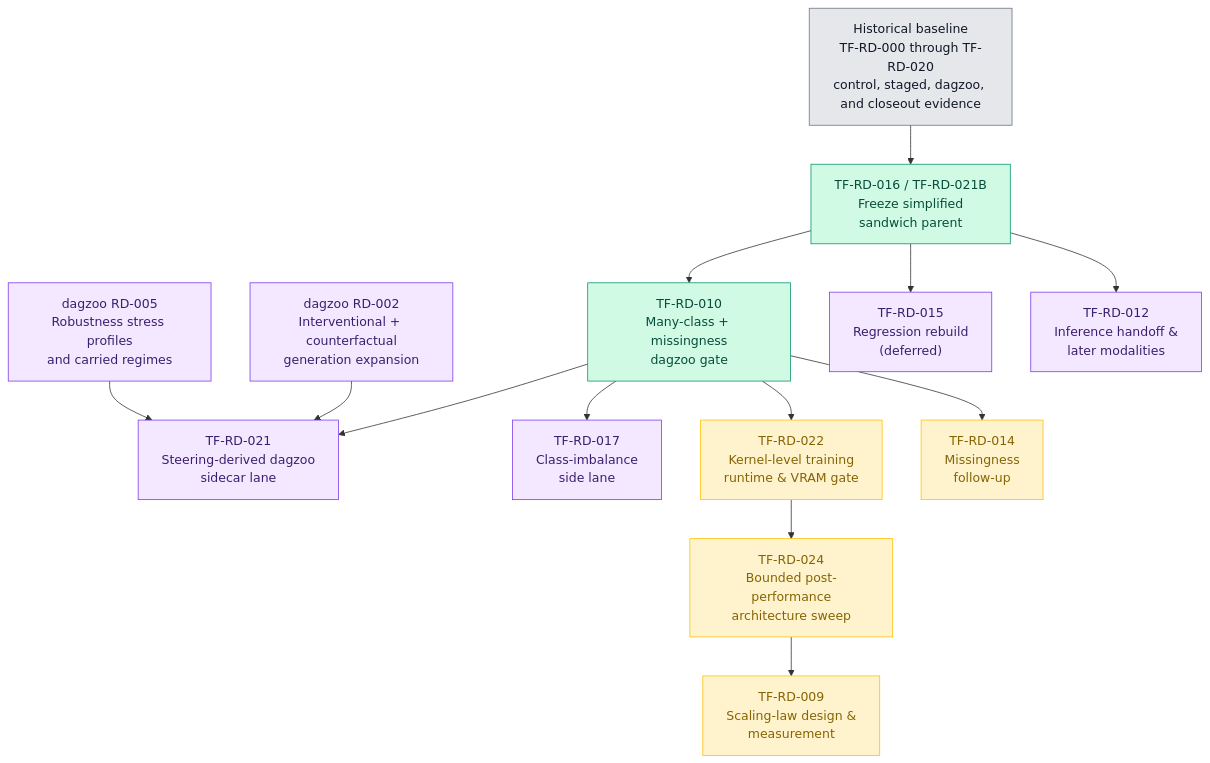
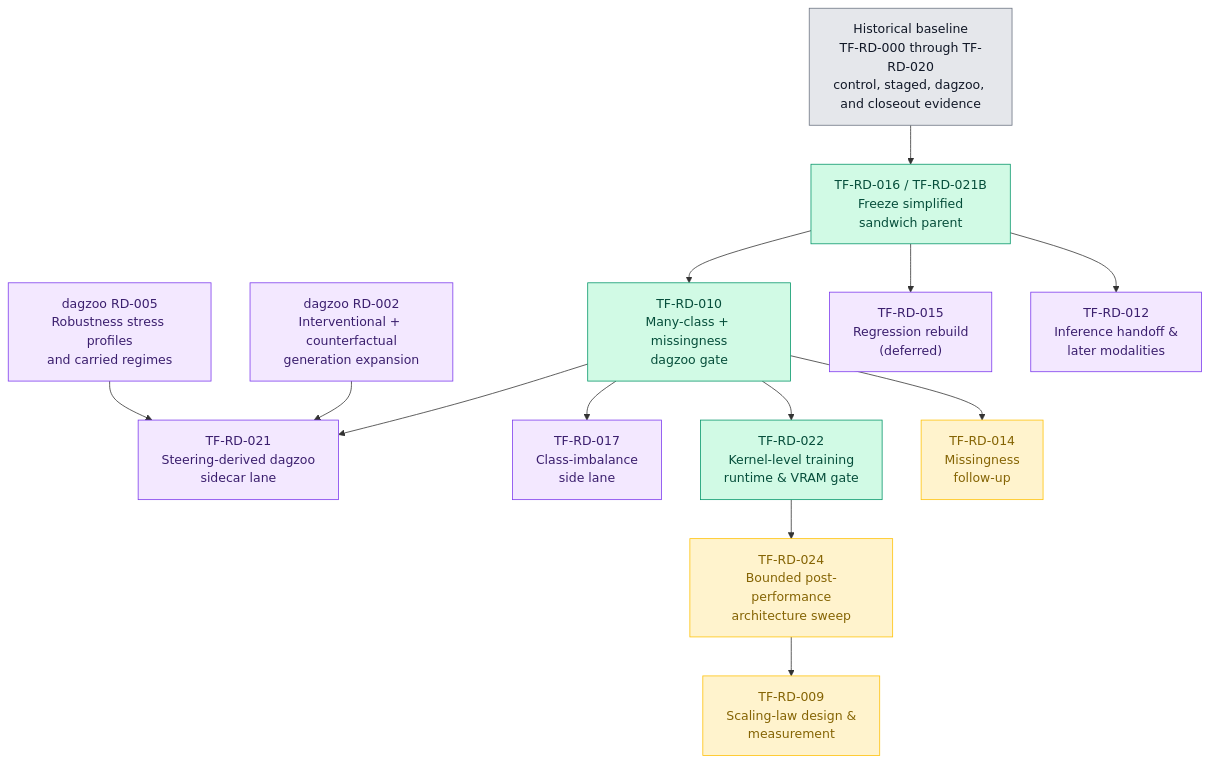
One commit to bensonlee5/tab-foundry changed the diagram in docs/development/roadmap.md. Above: the diagram before and after it, drawn with Mermaid. The commit also changed other lines of this file and 2 other files, not shown here.

````diff
--- a/docs/development/roadmap.md
+++ b/docs/development/roadmap.md
@@ -154,40 +153,40 @@
 ```mermaid
 flowchart TD
     HIST["Historical baseline<br/>TF-RD-000 through TF-RD-020<br/>control, staged, dagzoo, and closeout evidence"]
     RD016["TF-RD-016 / TF-RD-021B<br/>Freeze simplified<br/>sandwich parent"]
     RD010["TF-RD-010<br/>Many-class + missingness<br/>dagzoo gate"]
     RD021["TF-RD-021<br/>Steering-derived dagzoo<br/>sidecar lane"]
     DZ002["dagzoo RD-002<br/>Interventional + counterfactual<br/>generation expansion"]
     DZ005["dagzoo RD-005<br/>Robustness stress profiles<br/>and carried regimes"]
     RD017["TF-RD-017<br/>Class-imbalance<br/>side lane"]
     RD022["TF-RD-022<br/>Kernel-level training<br/>runtime & VRAM gate"]
     RD024["TF-RD-024<br/>Bounded post-performance<br/>architecture sweep"]
     RD014["TF-RD-014<br/>Missingness<br/>follow-up"]
     RD015["TF-RD-015<br/>Regression rebuild<br/>(deferred)"]
     RD012["TF-RD-012<br/>Inference handoff &<br/>later modalities"]
     RD009["TF-RD-009<br/>Scaling-law design &<br/>measurement"]
 
     HIST --> RD016
     RD016 --> RD010
     RD010 --> RD022
     RD022 --> RD024
     RD024 --> RD009
     RD010 --> RD021
     DZ002 --> RD021
     DZ005 --> RD021
     RD010 --> RD014
     RD010 --> RD017
     RD016 --> RD015
     RD016 --> RD012
 
     classDef hist fill:#e5e7eb,stroke:#6b7280,color:#111827;
     classDef done fill:#d1fae5,stroke:#059669,color:#064e3b;
     classDef readyNow fill:#fff3cd,stroke:#ffc107,color:#856404;
     classDef gate fill:#fff1d6,stroke:#c67a00,color:#3d2a00;
     classDef later fill:#f3e8ff,stroke:#7c3aed,color:#3b1f6e;
 
     class HIST hist;
-    class RD010,RD016 done;
-    class RD022,RD024,RD009,RD014 readyNow;
+    class RD010,RD016,RD022 done;
+    class RD024,RD009,RD014 readyNow;
     class DZ002,DZ005,RD021,RD012,RD015,RD017 later;
 ```
````
